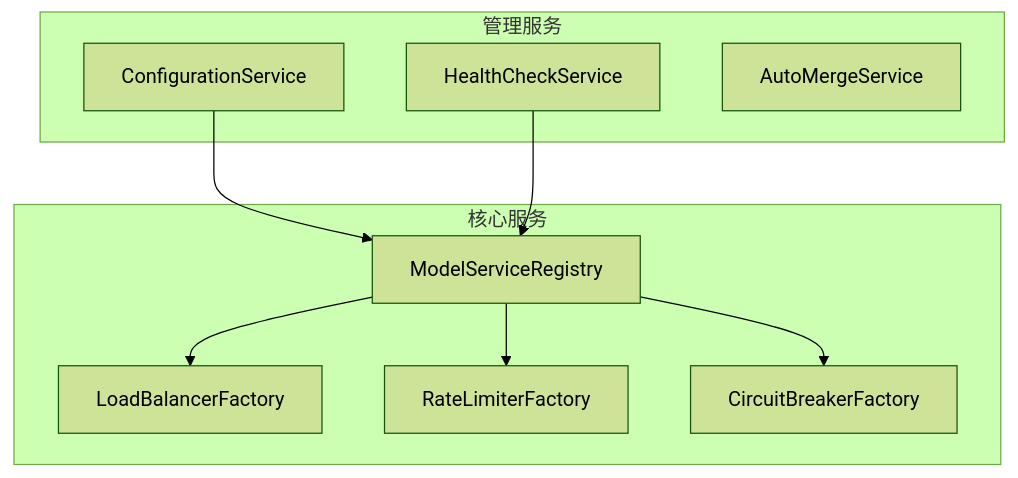
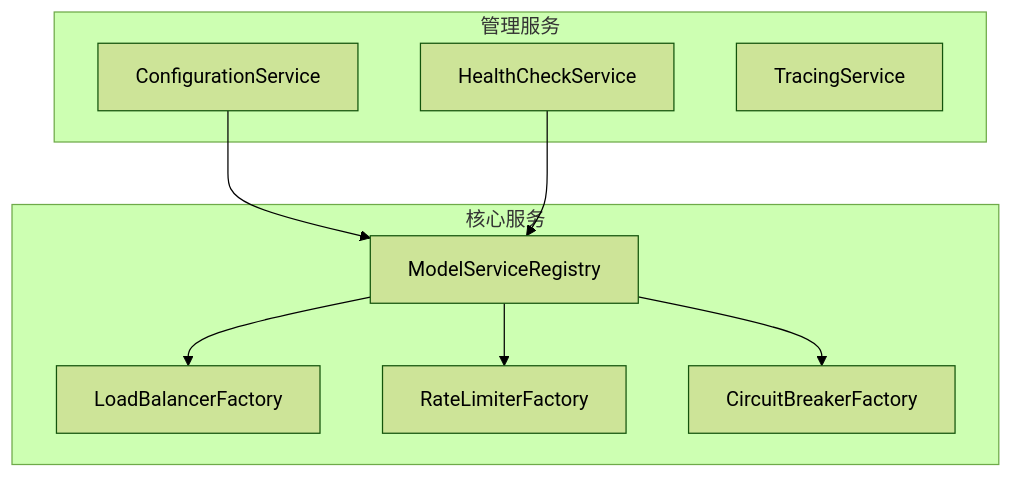
One commit to Lincoln-cn/JAiRouter changed the third of 8 diagrams in docs/zh/development/architecture.md. Above: the diagram before and after it, drawn with Mermaid (forest theme). The commit also changed other lines of this file and 15 other files, not shown here.

````diff
--- a/docs/zh/development/architecture.md
+++ b/docs/zh/development/architecture.md
@@ -90,21 +85,21 @@
 ```mermaid
 graph TB
     subgraph "核心服务"
         A[ModelServiceRegistry]
         B[LoadBalancerFactory]
         C[RateLimiterFactory]
         D[CircuitBreakerFactory]
     end
-    
+
     subgraph "管理服务"
         E[ConfigurationService]
         F[HealthCheckService]
-        G[AutoMergeService]
+        G[TracingService]
     end
-    
+
     A --> B
     A --> C
     A --> D
     E --> A
     F --> A
 ```
````
